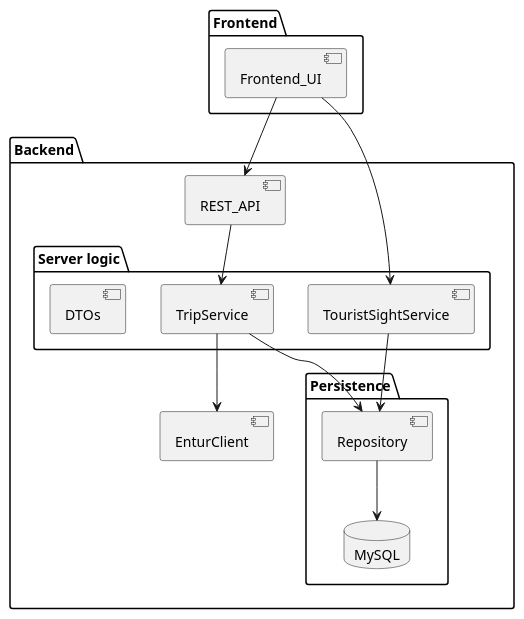
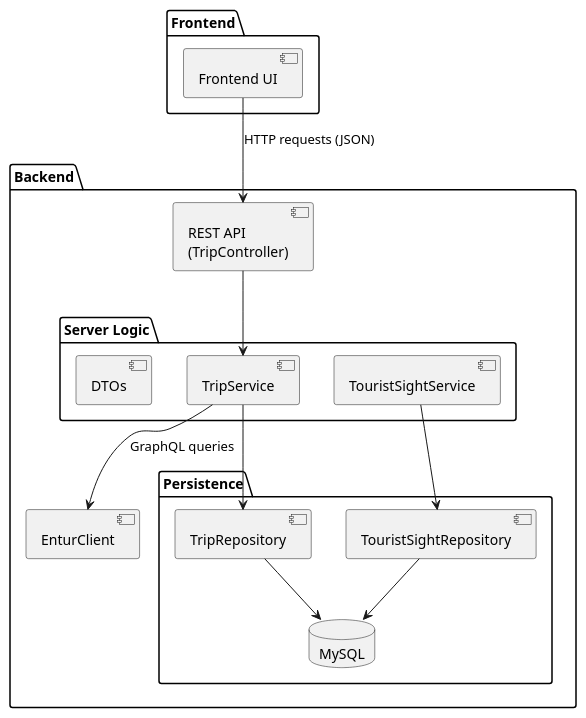
Before and after one commit to nafisaaay/SET-group-7: the diagram in backend/src/modellering/PublicTransportComponentDetailed.puml, drawn with PlantUML. The commit also changed 7 other files, not shown here.

Commit message:
feat: - utkast av rute display - oppdattert uml-diagramene

```diff
--- a/backend/src/modellering/PublicTransportComponentDetailed.puml
+++ b/backend/src/modellering/PublicTransportComponentDetailed.puml
@@ -1,33 +1,36 @@
 @startuml
 'https://plantuml.com/component-diagram
 
-package "Frontend" {
-    component Frontend_UI
-}
 
-package "Backend" {
-    component REST_API
+   package "Frontend" {
+       [Frontend UI] as Frontend_UI
+   }
 
-    package "Server logic" {
-        component TripService
-        component TouristSightService
-        component DTOs
-    }
+   package "Backend" {
 
-    package "Persistence" {
-        component Repository
-        database MySQL
-    }
+       [REST API\n(TripController)] as REST_API
 
-    component EnturClient
-}
+       package "Server Logic" {
+           [TripService]
+           [TouristSightService]
+           [DTOs]
+       }
 
-Frontend_UI --> REST_API
-REST_API --> TripService
-TripService --> EnturClient
-TripService --> Repository
-Repository --> MySQL
+       package "Persistence" {
+           [TripRepository]
+           [TouristSightRepository]
+           database MySQL
+       }
 
-Frontend_UI --> TouristSightService
-TouristSightService --> Repository
+       [EnturClient]
+
+
+   ' --- Relasjoner mellom komponentene ---
+   Frontend_UI --> REST_API : HTTP requests (JSON)
+   REST_API --> TripService
+   TripService --> EnturClient : GraphQL queries
+   TripService --> TripRepository
+   TouristSightService --> TouristSightRepository
+   TripRepository --> MySQL
+   TouristSightRepository --> MySQL
 @enduml
```
